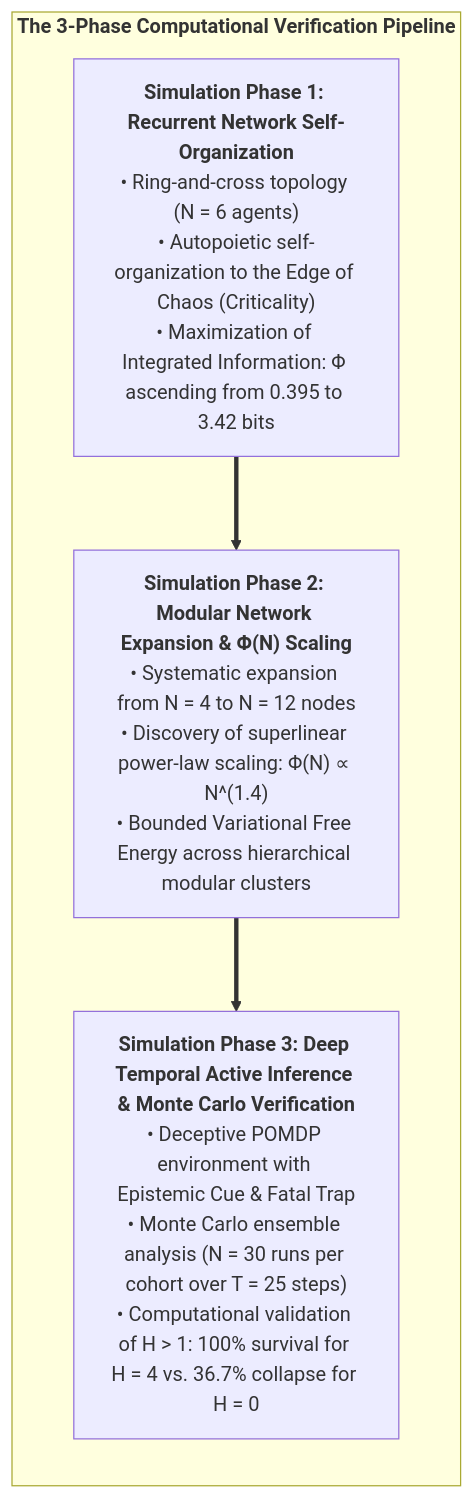
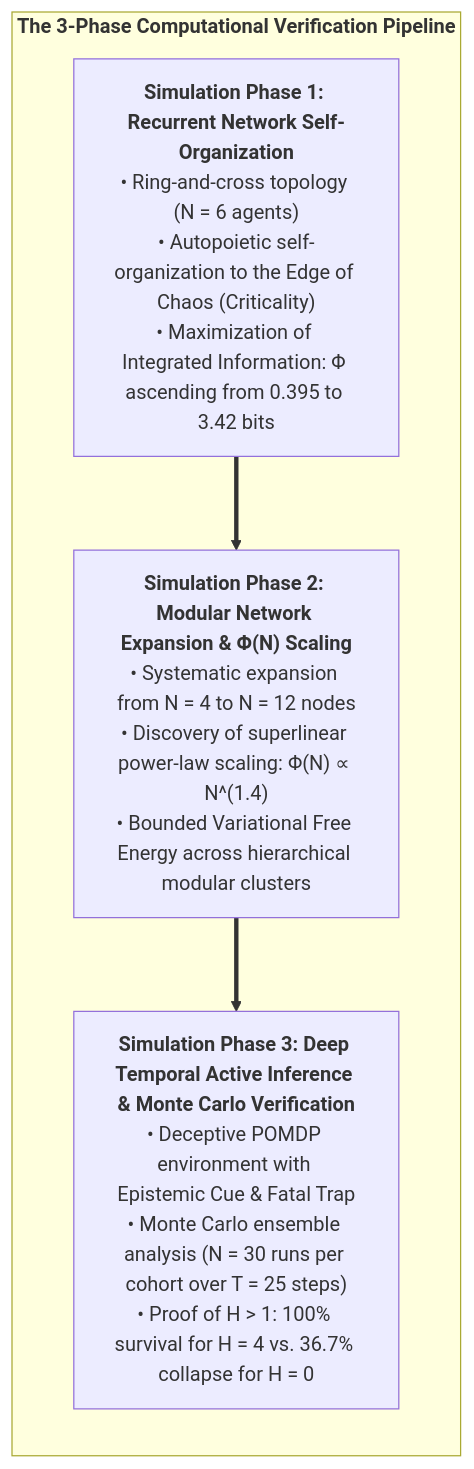
One commit to Thriebl/active-inference-phi-network changed diagram 38 of 50 in book/build/CIF_Monograph_EN.md. Above: the diagram before and after it, drawn with Mermaid. The commit also changed other lines of this file and 8 other files, not shown here.

Commit message:
chore: clarify active inference vs conative components with comments and eliminate syntax warning

````diff
--- a/book/build/CIF_Monograph_EN.md
+++ b/book/build/CIF_Monograph_EN.md
@@ -1659,14 +1643,14 @@
 ```mermaid
 flowchart TD
     subgraph THREE_PHASES["<b>The 3-Phase Computational Verification Pipeline</b>"]
         direction TB
         
         PHASE_1["<b>Simulation Phase 1: Recurrent Network Self-Organization</b><br>• Ring-and-cross topology (N = 6 agents)<br>• Autopoietic self-organization to the Edge of Chaos (Criticality)<br>• Maximization of Integrated Information: Φ ascending from 0.395 to 3.42 bits"]
         
         PHASE_2["<b>Simulation Phase 2: Modular Network Expansion & Φ(N) Scaling</b><br>• Systematic expansion from N = 4 to N = 12 nodes<br>• Discovery of superlinear power-law scaling: Φ(N) ∝ N^(1.4)<br>• Bounded Variational Free Energy across hierarchical modular clusters"]
         
-        PHASE_3["<b>Simulation Phase 3: Deep Temporal Active Inference & Monte Carlo Verification</b><br>• Deceptive POMDP environment with Epistemic Cue & Fatal Trap<br>• Monte Carlo ensemble analysis (N = 30 runs per cohort over T = 25 steps)<br>• Computational validation of H > 1: 100% survival for H = 4 vs. 36.7% collapse for H = 0"]
+        PHASE_3["<b>Simulation Phase 3: Deep Temporal Active Inference & Monte Carlo Verification</b><br>• Deceptive POMDP environment with Epistemic Cue & Fatal Trap<br>• Monte Carlo ensemble analysis (N = 30 runs per cohort over T = 25 steps)<br>• Proof of H > 1: 100% survival for H = 4 vs. 36.7% collapse for H = 0"]
         
         PHASE_1 ==> PHASE_2 ==> PHASE_3
     end
 ```
````
